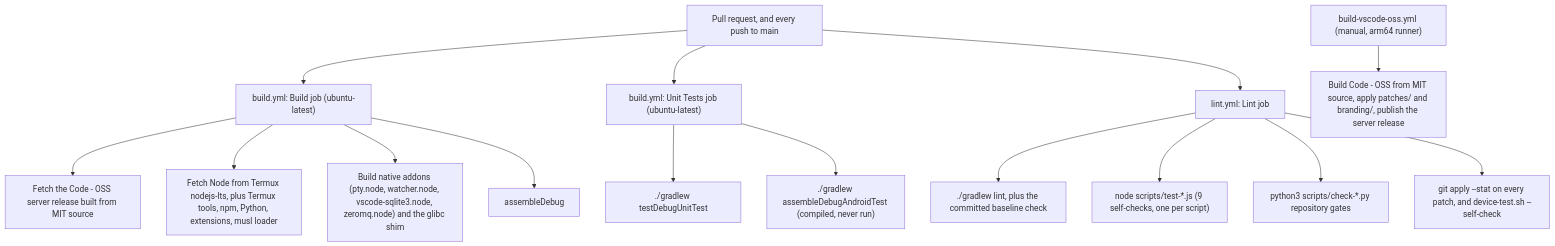
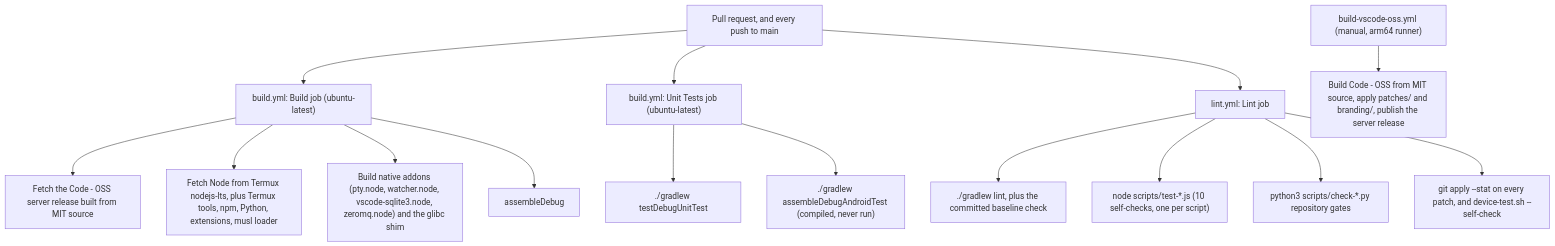
One commit to rmyndharis/VSCodroid changed the second of 3 diagrams in docs/07-TESTING_STRATEGY.md. Above: the diagram before and after it, drawn with Mermaid. The commit also changed other lines of this file and 13 other files, not shown here.

````diff
--- a/docs/07-TESTING_STRATEGY.md
+++ b/docs/07-TESTING_STRATEGY.md
@@ -283,20 +285,20 @@
 ```mermaid
 flowchart TD
   PR["Pull request, and every push to main"] --> BUILD["build.yml: Build job (ubuntu-latest)"]
   BUILD --> B1["Fetch the Code - OSS server release built from MIT source"]
   BUILD --> B2["Fetch Node from Termux nodejs-lts, plus Termux tools, npm, Python, extensions, musl loader"]
   BUILD --> B3["Build native addons (pty.node, watcher.node, vscode-sqlite3.node, zeromq.node) and the glibc shim"]
   BUILD --> B4["assembleDebug"]
 
   PR --> TEST["build.yml: Unit Tests job (ubuntu-latest)"]
   TEST --> T1["./gradlew testDebugUnitTest"]
   TEST --> T2["./gradlew assembleDebugAndroidTest (compiled, never run)"]
 
   PR --> LINT["lint.yml: Lint job"]
   LINT --> L1["./gradlew lint, plus the committed baseline check"]
-  LINT --> L2["node scripts/test-*.js (9 self-checks, one per script)"]
+  LINT --> L2["node scripts/test-*.js (10 self-checks, one per script)"]
   LINT --> L3["python3 scripts/check-*.py repository gates"]
   LINT --> L4["git apply --stat on every patch, and device-test.sh --self-check"]
 
   MAN["build-vscode-oss.yml (manual, arm64 runner)"] --> M1["Build Code - OSS from MIT source, apply patches/ and branding/, publish the server release"]
 ```
````
